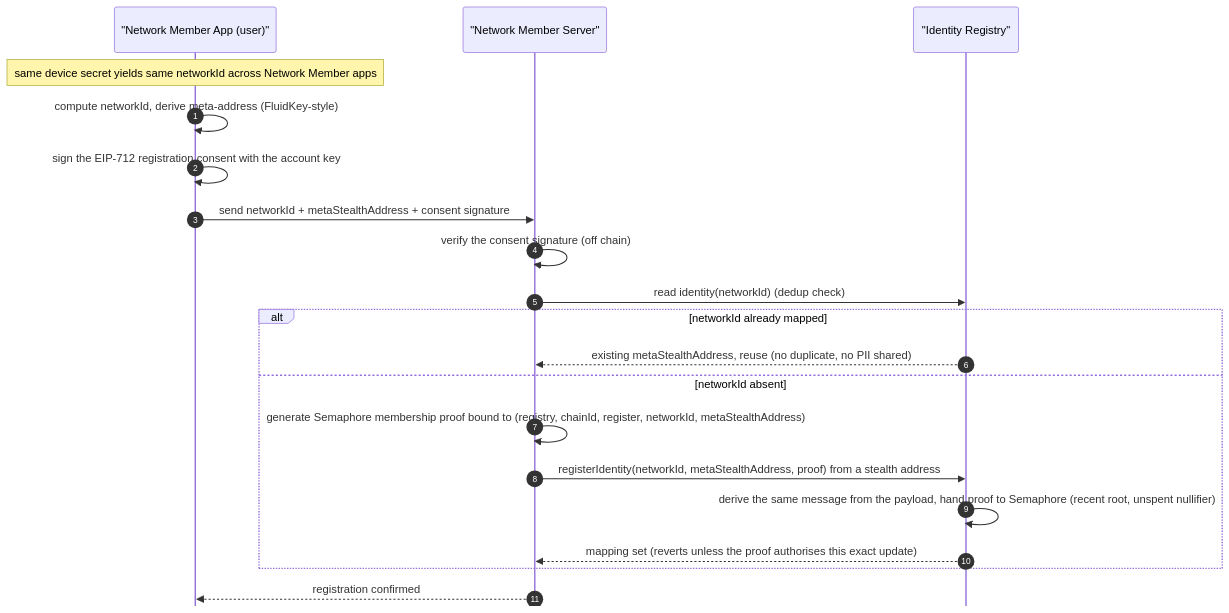
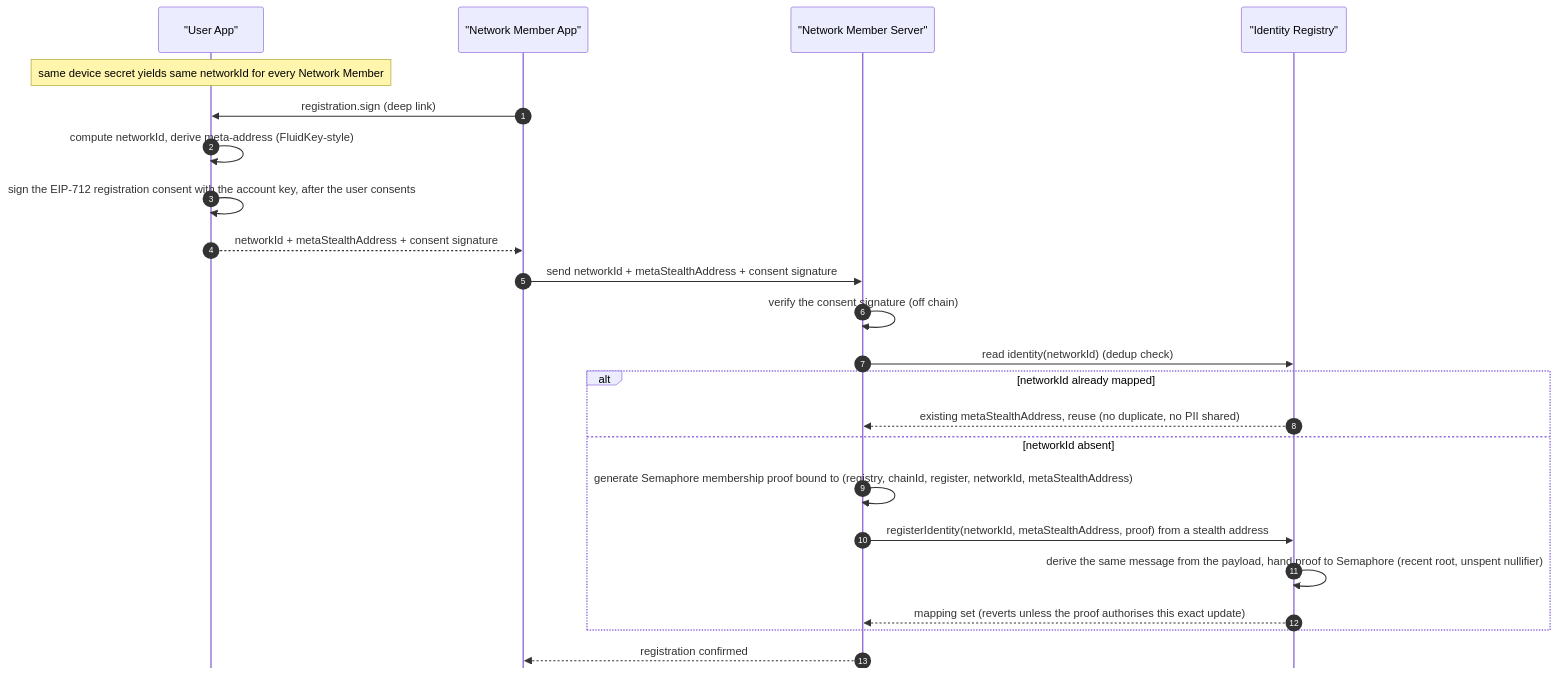
The third of 7 diagrams in specs/06-full-architecture-phase-1.md (ethereum/coordination-network), drawn with Mermaid before and after one commit. The commit also changed other lines of this file and 11 other files, not shown here.

````diff
--- a/specs/06-full-architecture-phase-1.md
+++ b/specs/06-full-architecture-phase-1.md
@@ -163,24 +163,27 @@
 ```mermaid
 %%{init: {'themeVariables': {'fontSize': '13px'}, 'sequence': {'mirrorActors': false, 'actorMargin': 50, 'messageMargin': 35}}}%%
 sequenceDiagram
     autonumber
-    participant NMA as "Network Member App (user)"
+    participant UA as "User App"
+    participant NMA as "Network Member App"
     participant NM as "Network Member Server"
     participant IDM as "Identity Registry"
 
-    Note over NMA: same device secret yields same networkId across Network Member apps
-    NMA->>NMA: compute networkId, derive meta-address (FluidKey-style)
-    NMA->>NMA: sign the EIP-712 registration consent with the account key
+    Note over UA: same device secret yields same networkId for every Network Member
+    NMA->>UA: registration.sign (deep link)
+    UA->>UA: compute networkId, derive meta-address (FluidKey-style)
+    UA->>UA: sign the EIP-712 registration consent with the account key, after the user consents
+    UA-->>NMA: networkId + metaStealthAddress + consent signature
     NMA->>NM: send networkId + metaStealthAddress + consent signature
     NM->>NM: verify the consent signature (off chain)
     NM->>IDM: read identity(networkId) (dedup check)
     alt networkId already mapped
         IDM-->>NM: existing metaStealthAddress, reuse (no duplicate, no PII shared)
     else networkId absent
         NM->>NM: generate Semaphore membership proof bound to (registry, chainId, register, networkId, metaStealthAddress)
         NM->>IDM: registerIdentity(networkId, metaStealthAddress, proof) from a stealth address
         IDM->>IDM: derive the same message from the payload, hand proof to Semaphore (recent root, unspent nullifier)
         IDM-->>NM: mapping set (reverts unless the proof authorises this exact update)
     end
     NM-->>NMA: registration confirmed
 ```
````
